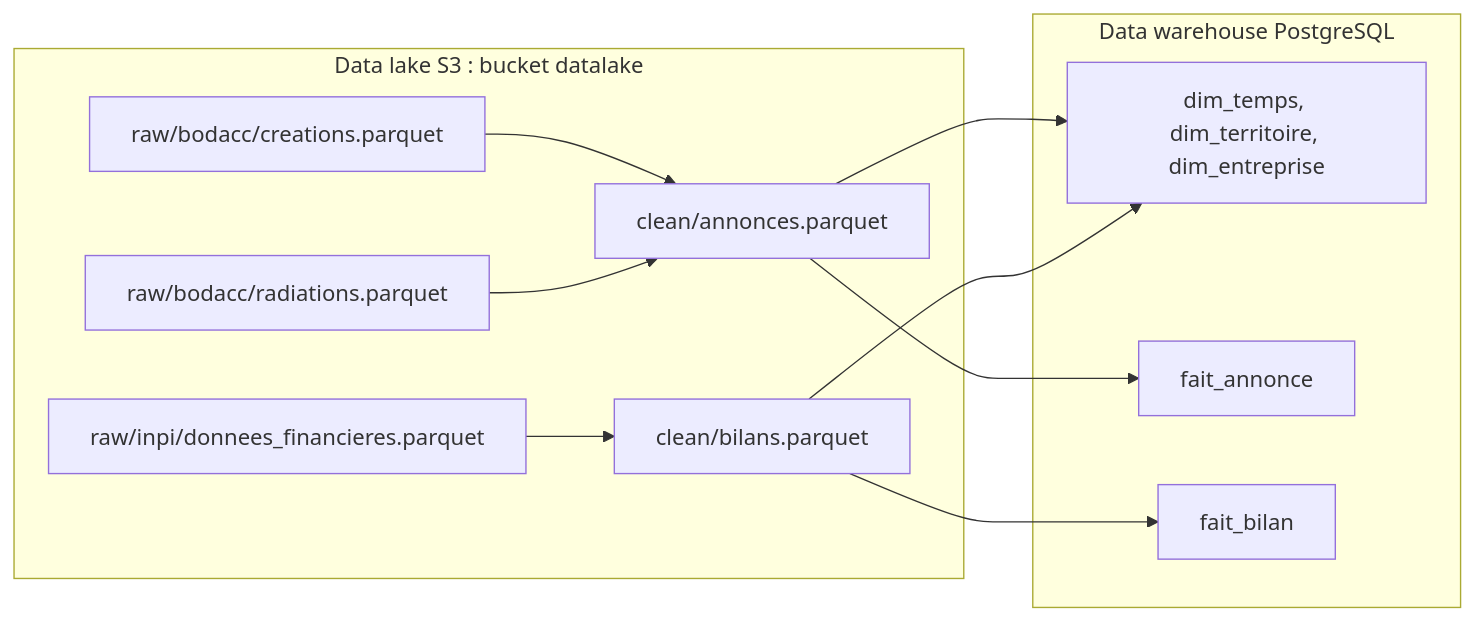
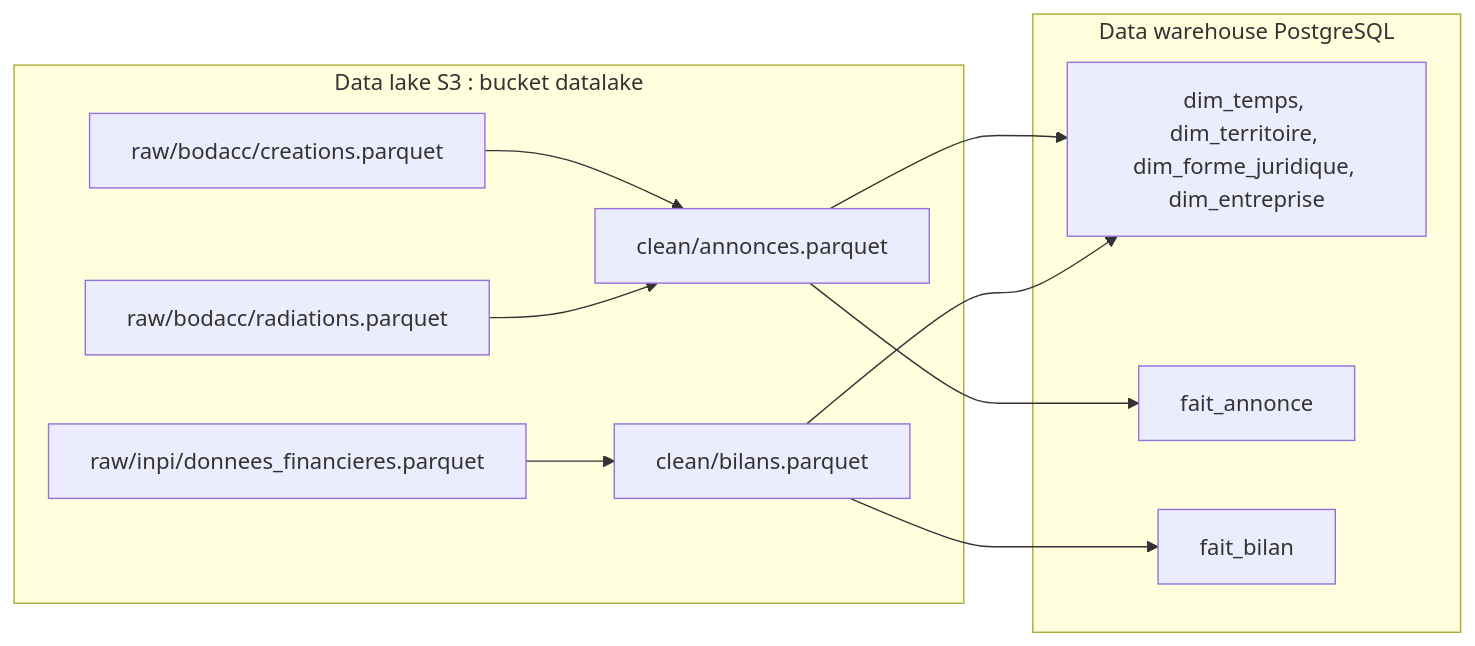
The first of 5 diagrams in exercice-3/README.md (benoit73/Processus-decisionnel-et-modeles-de-donnees), drawn with Mermaid before and after one commit. The commit also changed other lines of this file and 12 other files, not shown here.

````diff
--- a/exercice-3/README.md
+++ b/exercice-3/README.md
@@ -45,20 +45,20 @@
 ```mermaid
 flowchart LR
     subgraph lake[Data lake S3 : bucket datalake]
         R1[raw/bodacc/creations.parquet]
         R2[raw/bodacc/radiations.parquet]
         R3[raw/inpi/donnees_financieres.parquet]
         C1[clean/annonces.parquet]
         C2[clean/bilans.parquet]
     end
     subgraph dw[Data warehouse PostgreSQL]
-        D[dim_temps, dim_territoire, dim_entreprise]
+        D[dim_temps, dim_territoire, dim_forme_juridique, dim_entreprise]
         F1[fait_annonce]
         F2[fait_bilan]
     end
     R1 & R2 --> C1
     R3 --> C2
     C1 & C2 --> D
     C1 --> F1
     C2 --> F2
 ```
````
